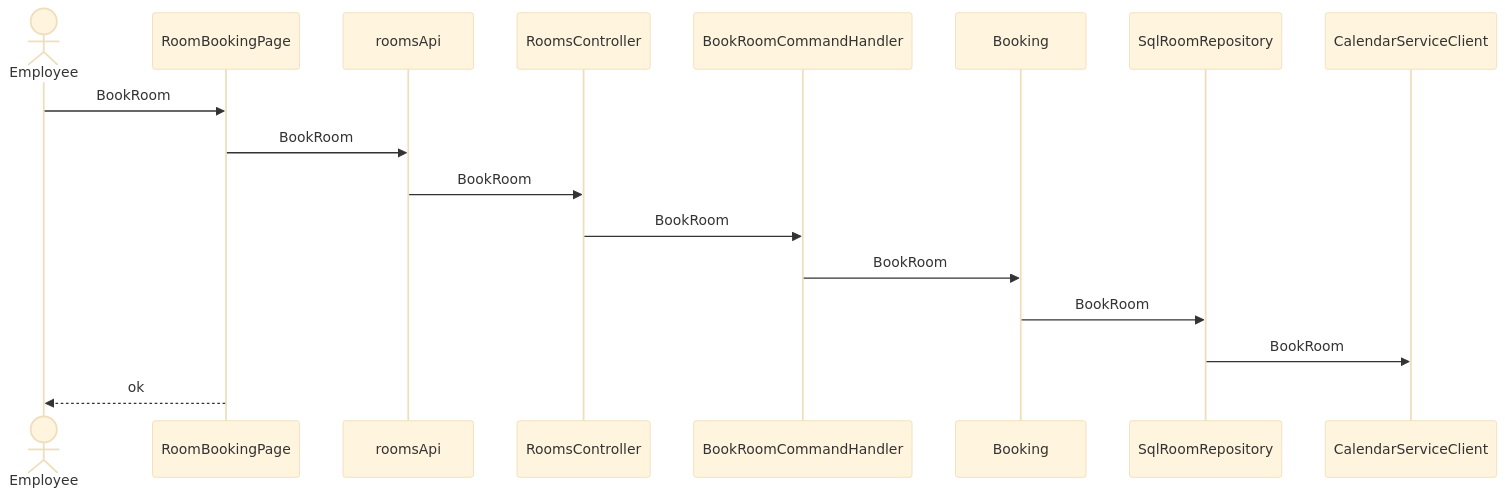
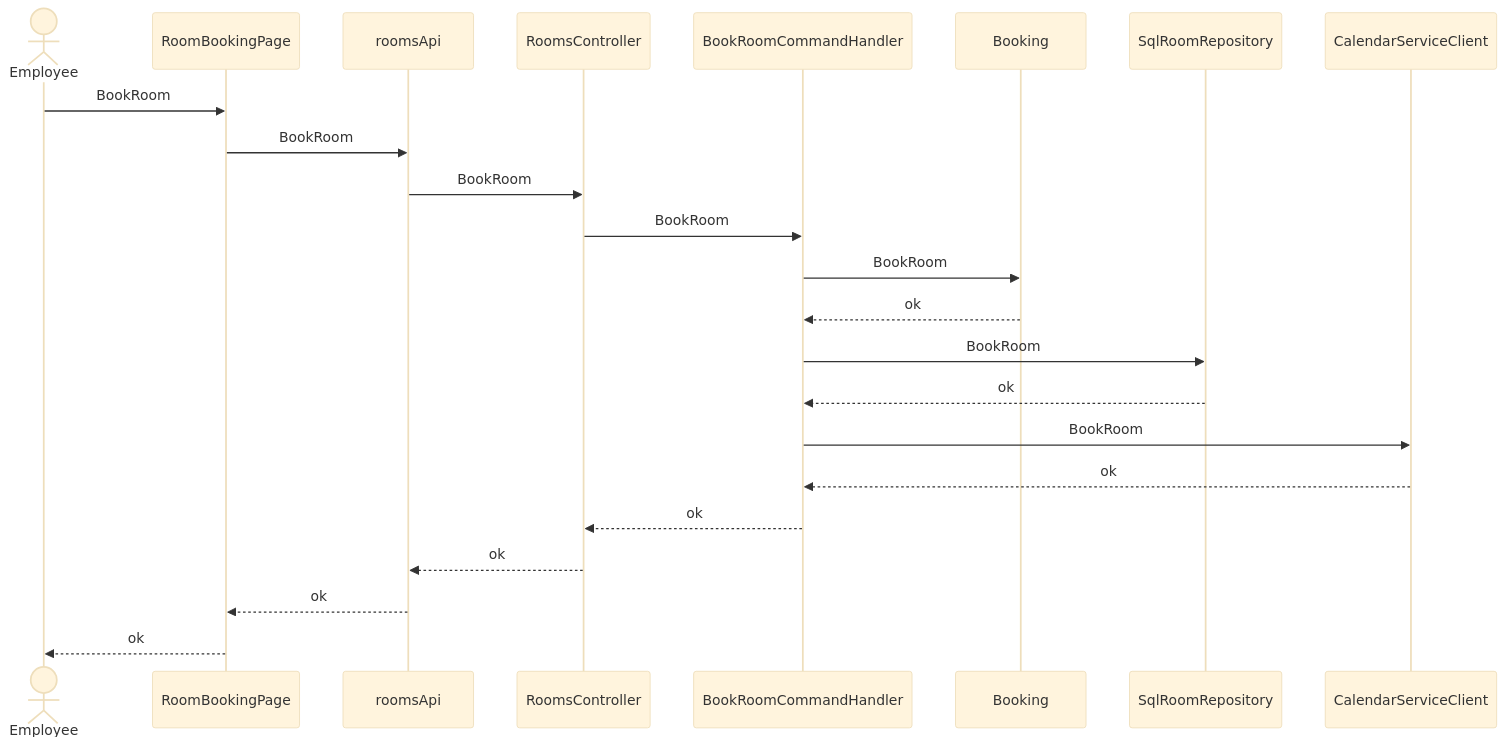
The fourth of 6 diagrams in skills/spec-dev-process/examples/matrix/fs-back-en-s2/specs/rd/room-booking/spec/30-architecture-c4.md (pin0513/AITools), drawn with Mermaid (base theme) before and after one commit. The commit also changed other lines of this file and 257 other files, not shown here.

````diff
--- a/skills/spec-dev-process/examples/matrix/fs-back-en-s2/specs/rd/room-booking/spec/30-architecture-c4.md
+++ b/skills/spec-dev-process/examples/matrix/fs-back-en-s2/specs/rd/room-booking/spec/30-architecture-c4.md
@@ -110,19 +110,25 @@
 ```mermaid
 sequenceDiagram
   actor U as Employee
   participant CMP001 as RoomBookingPage
   participant CMP002 as roomsApi
   participant CMP003 as RoomsController
   participant CMP004 as BookRoomCommandHandler
   participant CMP008 as Booking
   participant CMP009 as SqlRoomRepository
   participant CMP010 as CalendarServiceClient
   U->>CMP001: BookRoom
   CMP001->>CMP002: BookRoom
   CMP002->>CMP003: BookRoom
   CMP003->>CMP004: BookRoom
   CMP004->>CMP008: BookRoom
-  CMP008->>CMP009: BookRoom
-  CMP009->>CMP010: BookRoom
+  CMP008-->>CMP004: ok
+  CMP004->>CMP009: BookRoom
+  CMP009-->>CMP004: ok
+  CMP004->>CMP010: BookRoom
+  CMP010-->>CMP004: ok
+  CMP004-->>CMP003: ok
+  CMP003-->>CMP002: ok
+  CMP002-->>CMP001: ok
   CMP001-->>U: ok
 ```
````
